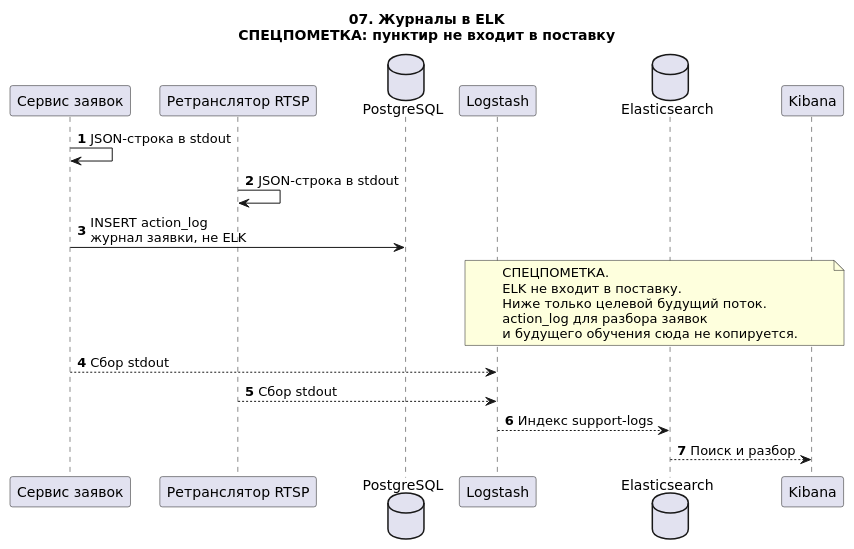
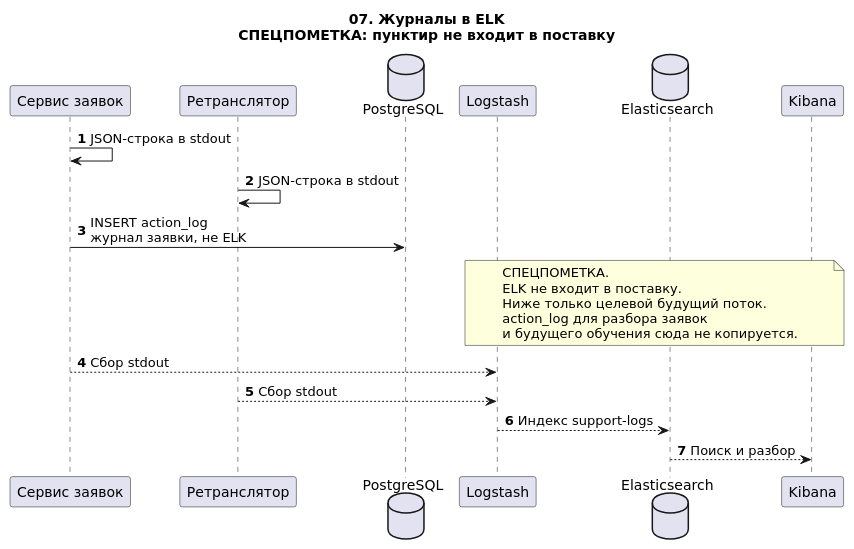
Before and after one commit to atroxxxxxx/team-viewer: the diagram in docs/uml/07-log-shipping.puml, drawn with PlantUML. The commit also changed 80 other files, not shown here.

```diff
--- a/docs/uml/07-log-shipping.puml
+++ b/docs/uml/07-log-shipping.puml
@@ -1,30 +1,30 @@
 @startuml 07-log-shipping
 title 07. Журналы в ELK\nСПЕЦПОМЕТКА: пунктир не входит в поставку
 skinparam defaultFontName DejaVu Sans
 skinparam sequenceMessageAlign left
 autonumber
 
 participant "Сервис заявок" as Tickets
-participant "Ретранслятор RTSP" as Relay
+participant "Ретранслятор" as Relay
 database "PostgreSQL" as DB
 participant "Logstash" as Logstash
 database "Elasticsearch" as Elastic
 participant "Kibana" as Kibana
 
 Tickets -> Tickets : JSON-строка в stdout
 Relay -> Relay : JSON-строка в stdout
 Tickets -> DB : INSERT action_log\nжурнал заявки, не ELK
 
 note over Logstash, Kibana
   СПЕЦПОМЕТКА.
   ELK не входит в поставку.
   Ниже только целевой будущий поток.
   action_log для разбора заявок
   и будущего обучения сюда не копируется.
 end note
 
 Tickets --> Logstash : Сбор stdout
 Relay --> Logstash : Сбор stdout
 Logstash --> Elastic : Индекс support-logs
 Elastic --> Kibana : Поиск и разбор
 @enduml
```
